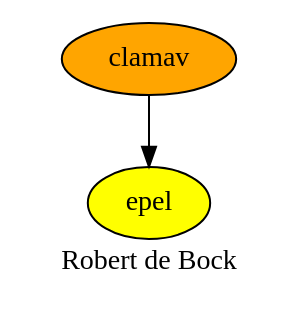
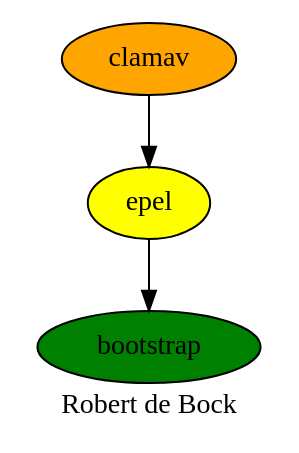
Before and after one commit to robertdebock/robertdebock.github.io: the diagram in clamav.dot, drawn with Graphviz.

Commit message:
Adding bootstrap.

```diff
--- a/clamav.dot
+++ b/clamav.dot
@@ -1,9 +1,11 @@
 digraph PhiloDilemma {
   label = "Robert de Bock" ;
   overlap=false
   {
+    bootstrap [fillcolor=green style=filled]
     clamav [fillcolor=orange style=filled]
     epel [fillcolor=yellow style=filled]
   }
+  epel -> bootstrap
   clamav -> epel
 }
```
